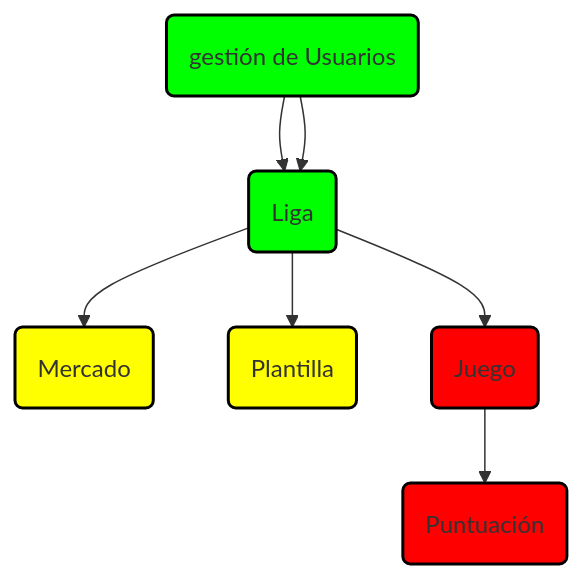
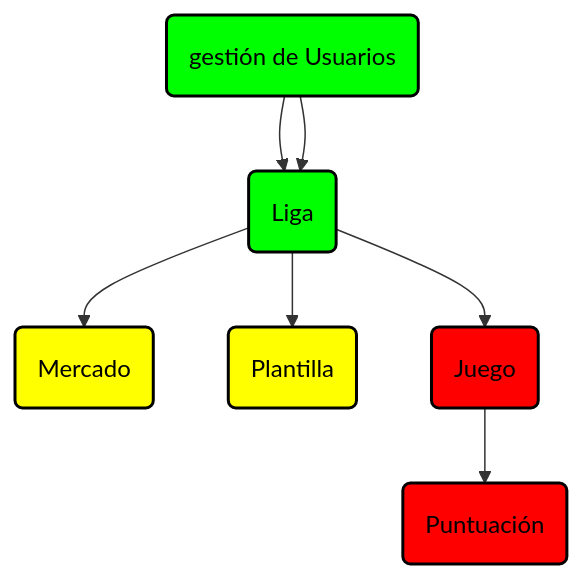
One commit to NikolasKaplan1/prog2-25-C2 changed the diagram in README.md. Above: the diagram before and after it, drawn with Mermaid.

````diff
--- a/README.md
+++ b/README.md
@@ -29,17 +29,17 @@
 ```mermaid
 graph TD;
     gestion_usu(gestión de Usuarios) --> liga(Liga);
     gestion_usu --> liga;
     liga --> mercado(Mercado);
     liga --> plantilla(Plantilla);
     liga --> juego(Juego);
     juego --> puntos(Puntuación);
 
-    classDef done fill:#00ff00,stroke:#000,stroke-width:2px;
-    classDef inprocess fill:#ffff00,stroke:#000,stroke-width:2px;
-    classDef notstarted fill:#ff0000,stroke:#000,stroke-width:2px;
+    classDef done fill:#00ff00,stroke:#000,stroke-width:2px,color:#000;
+    classDef inprocess fill:#ffff00,stroke:#000,stroke-width:2px,color:#000;
+    classDef notstarted fill:#ff0000,stroke:#000,stroke-width:2px,color:#000;
 
     class gestion_usu,liga done
     class mercado,plantilla inprocess
     class juego,puntos notstarted
 ```
````
